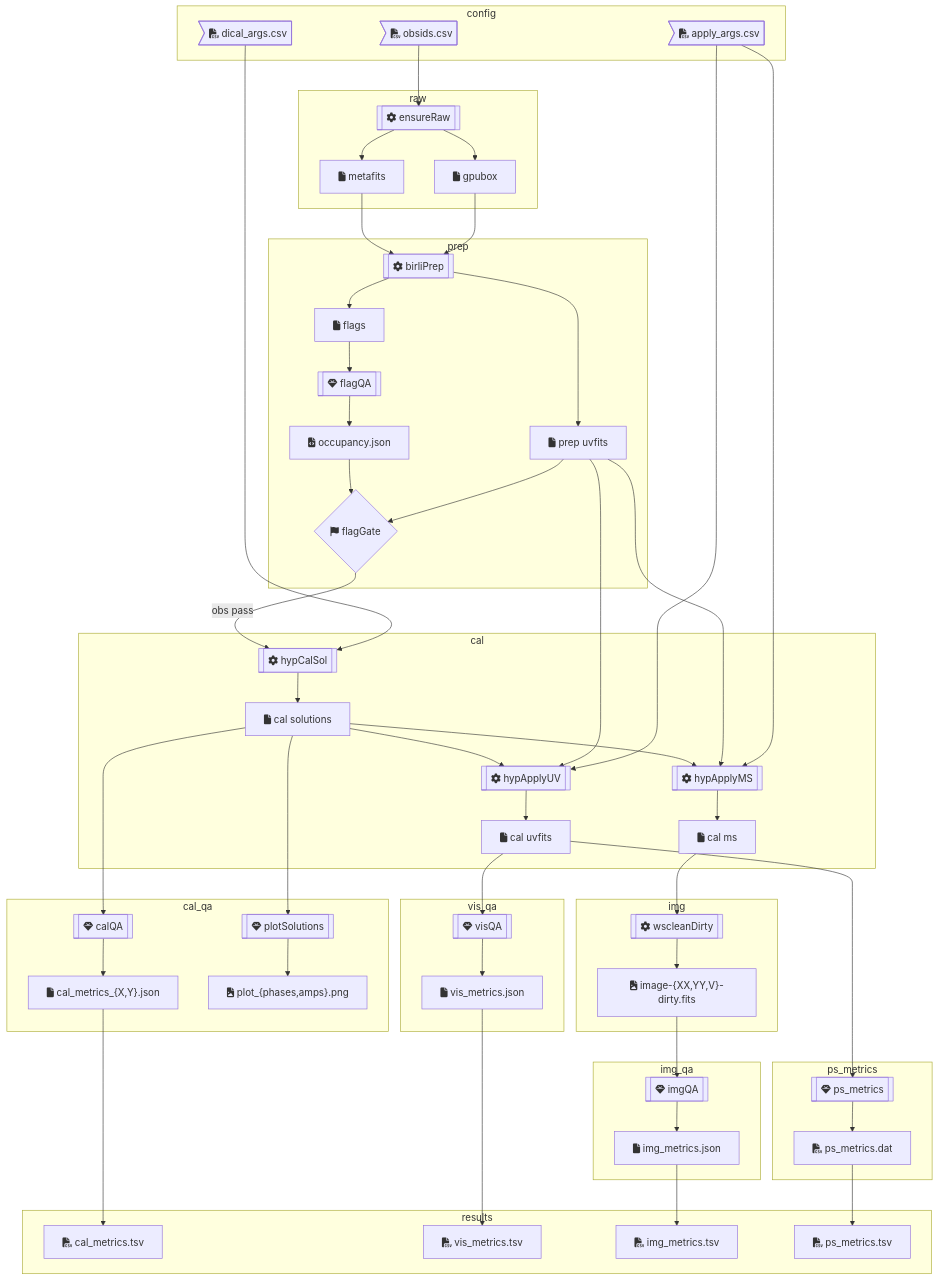
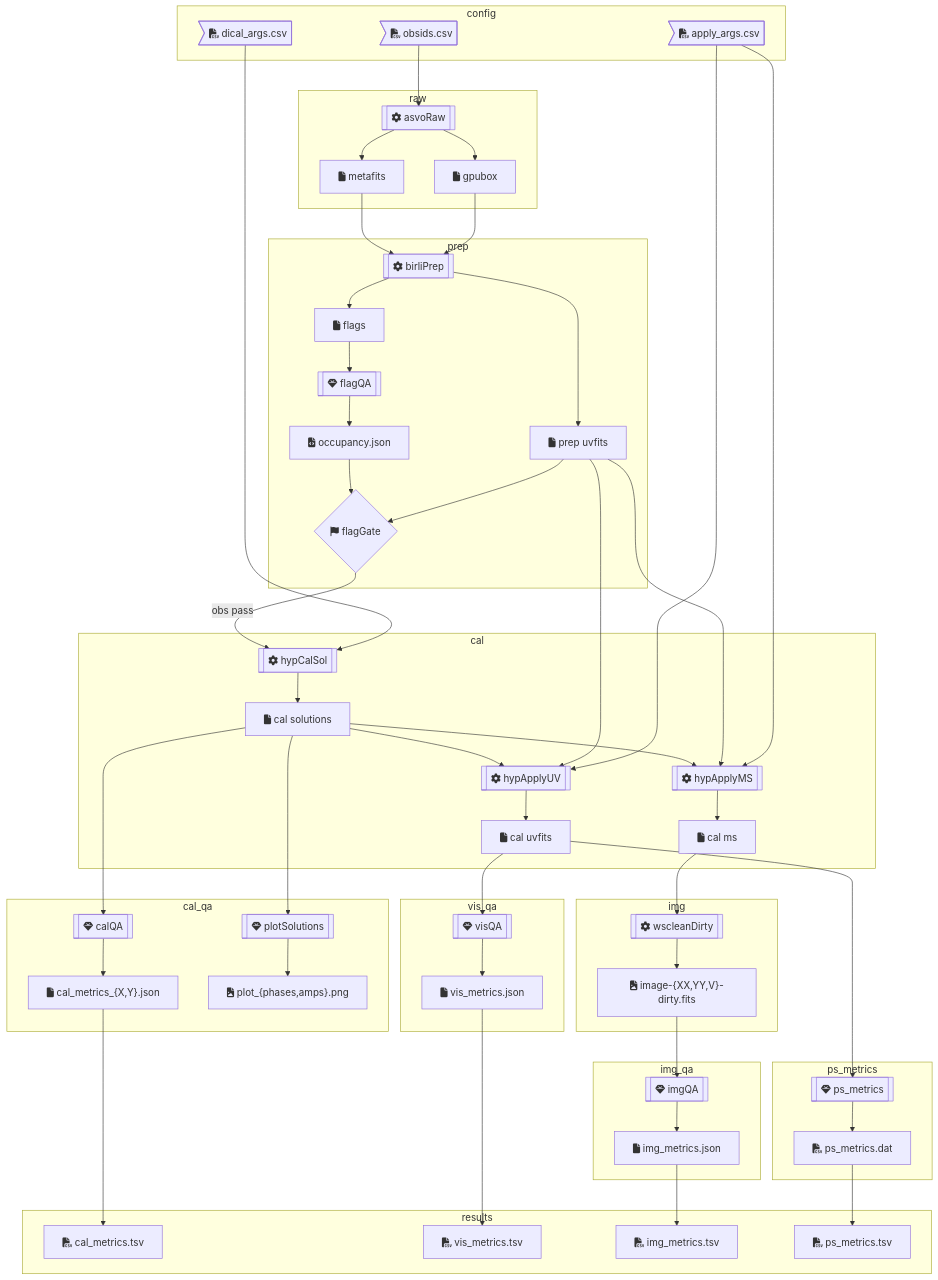
One commit to MWATelescope/MWAEoR-Pipeline changed the diagram in README.md. Above: the diagram before and after it, drawn with Mermaid. The commit also changed other lines of this file and 2 other files, not shown here.

Commit message:
more concise process names

```diff
--- a/README.md
+++ b/README.md
@@ -22,15 +22,15 @@
       %% metafitsJson[fa:fa-file-code metafits.json ]
       %% class metafitsJson partial
 
-      %% ensureRaw
-      ensureRaw[["fa:fa-cog ensureRaw "]]
-      obsids --> ensureRaw
-      ensureRaw --> metafits
-      ensureRaw --> gpufits
+      %% asvoRaw
+      asvoRaw[["fa:fa-cog asvoRaw "]]
+      obsids --> asvoRaw
+      asvoRaw --> metafits
+      asvoRaw --> gpufits
 
-      %% metafitsStats[["fa:fa-cog metafitsStats "]]
-      %% metafits --> metafitsStats
-      %% metafitsStats --> metafitsJson
+      %% metaStats[["fa:fa-cog metaStats "]]
+      %% metafits --> metaStats
+      %% metaStats --> metafitsJson
     end
 
     subgraph prep
@@ -151,9 +151,9 @@
   %% end
 
   subgraph results
-    %% metafitsStatsTsv[fa:fa-file-csv metafits_stats.tsv ]
-    %% class metafitsStatsTsv result
-    %% metafitsJson --> metafitsStatsTsv
+    %% metaStatsTsv[fa:fa-file-csv metafits_stats.tsv ]
+    %% class metaStatsTsv result
+    %% metafitsJson --> metaStatsTsv
 
     %% prepStatsTsv[fa:fa-file-csv prep_stats.tsv ]
     %% class prepStatsTsv result
```
